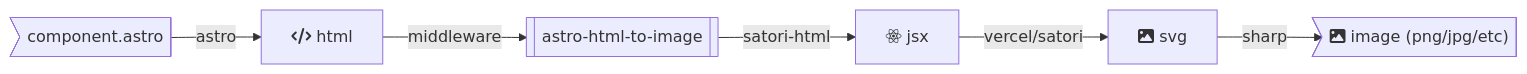
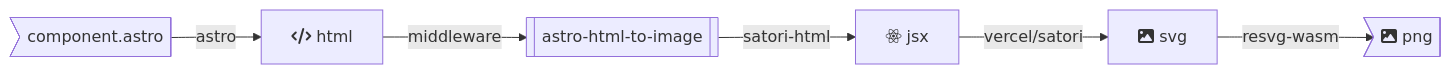
The diagram in packages/astro-html-to-image/README.md (altano/npm-packages), drawn with Mermaid before and after one commit. The commit also changed other lines of this file and 54 other files, not shown here.

First line of the commit message:
astro-html-to-image: sharp -> resvg-wasm

````diff
--- a/packages/astro-html-to-image/README.md
+++ b/packages/astro-html-to-image/README.md
@@ -210,8 +172,8 @@
 ```mermaid
 flowchart LR
     S>component.astro] -->|astro| M[fa:fa-code html]
     M -->|middleware| A[[astro-html-to-image]]
     A -->|satori-html| B[fab:fa-react jsx]
     B -->|vercel/satori| C[fa:fa-image svg]
-    C -->|sharp| D>"fa:fa-image image (png/jpg/etc)"]
+    C -->|resvg-wasm| D>"fa:fa-image png"]
 ```
````
